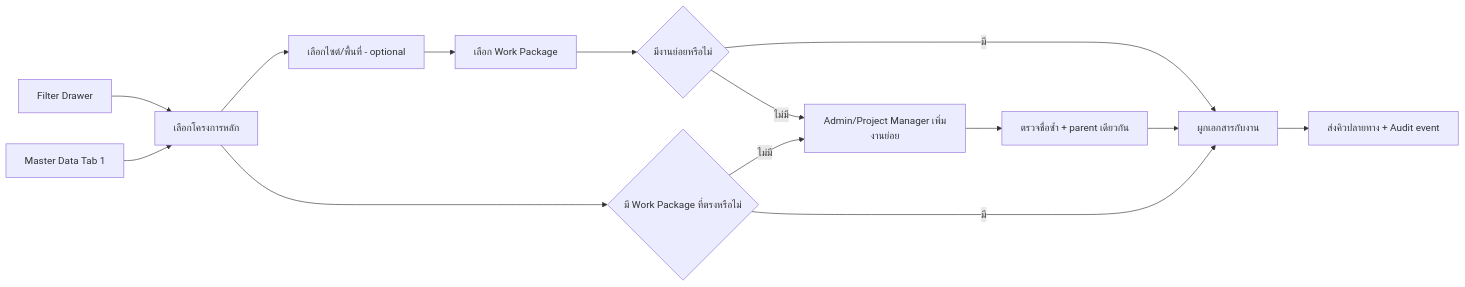
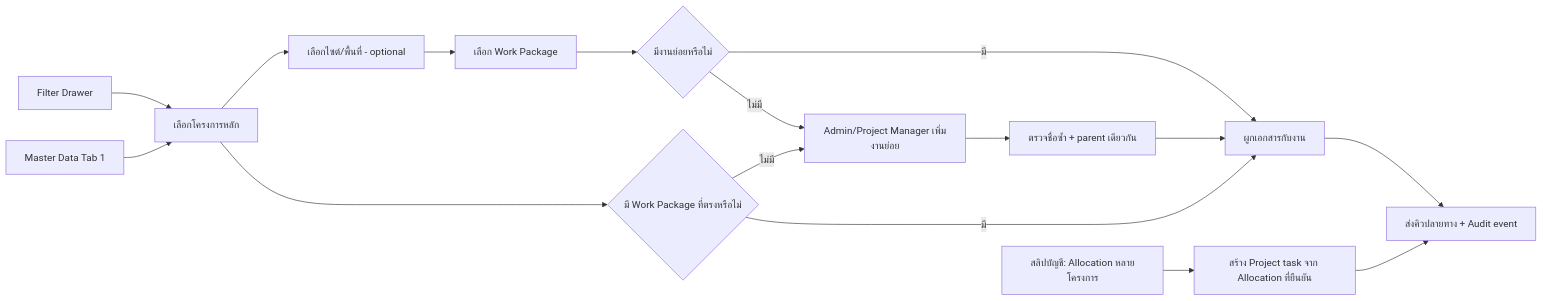
Before and after one commit to paramonjong-afk/WisdomAI: the first of 2 diagrams in docs/PROJECT_WORK_PACKAGE_FLOW.md, drawn with Mermaid. The commit also changed other lines of this file and 9 other files, not shown here.

````diff
--- a/docs/PROJECT_WORK_PACKAGE_FLOW.md
+++ b/docs/PROJECT_WORK_PACKAGE_FLOW.md
@@ -3,16 +3,18 @@
 ```mermaid
 flowchart LR
   A[Filter Drawer] --> B[เลือกโครงการหลัก]
   B --> C[เลือกไซต์/พื้นที่ - optional]
   C --> D[เลือก Work Package]
   D --> E{มีงานย่อยหรือไม่}
   E -->|มี| F[ผูกเอกสารกับงาน]
   E -->|ไม่มี| G[Admin/Project Manager เพิ่มงานย่อย]
   G --> H[ตรวจชื่อซ้ำ + parent เดียวกัน]
   H --> F
   F --> I[ส่งคิวปลายทาง + Audit event]
   J[Master Data Tab 1] --> B
   B --> K{มี Work Package ที่ตรงหรือไม่}
   K -->|มี| F
   K -->|ไม่มี| G
+  L[สลิปบัญชี: Allocation หลายโครงการ] --> M[สร้าง Project task จาก Allocation ที่ยืนยัน]
+  M --> I
 ```
````
